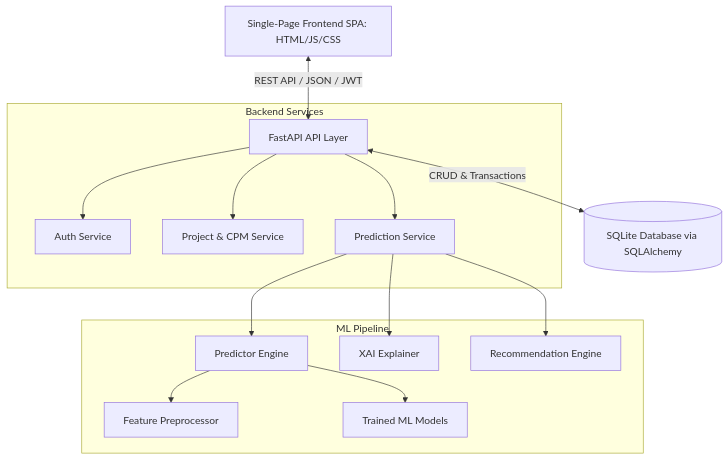
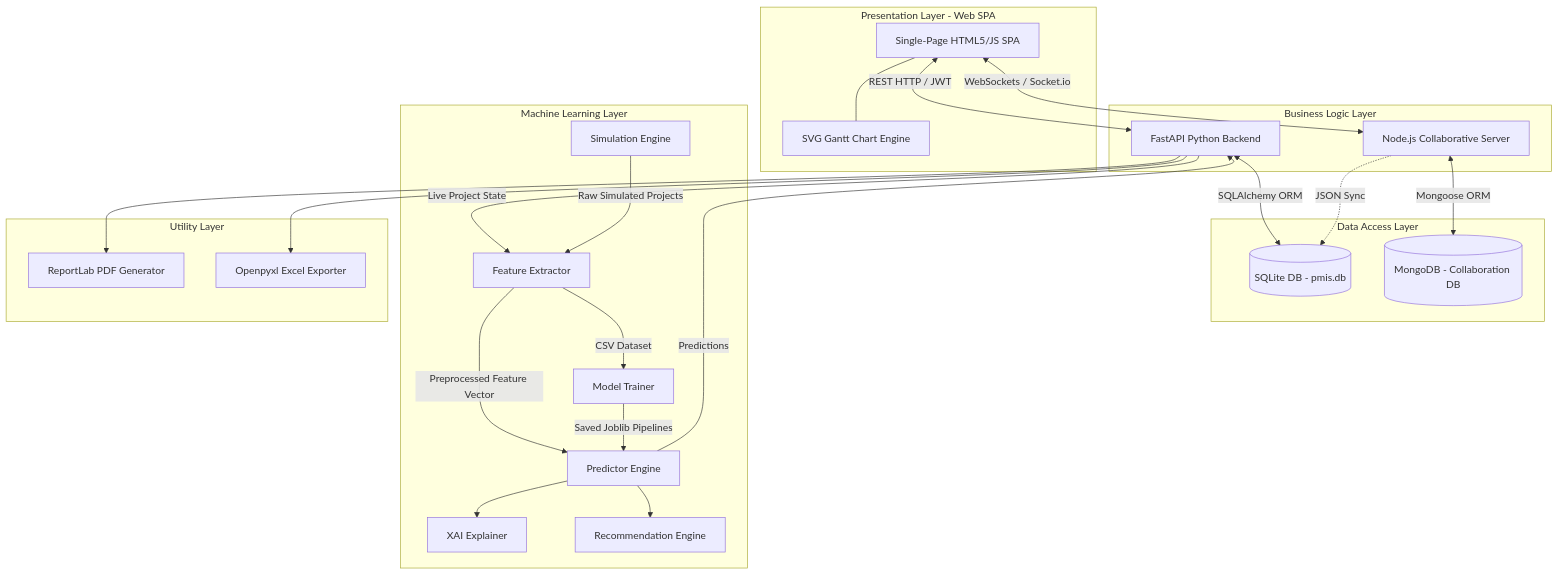
One commit to AKSHATcseb/ShipDelayPrediction changed the first of 3 diagrams in technical_project_report.md. Above: the diagram before and after it, drawn with Mermaid. The commit also changed other lines of this file and 78 other files, not shown here.

Commit message:
collaboration feature, document upload feature, notification, etc till 3rd July

````diff
--- a/technical_project_report.md
+++ b/technical_project_report.md
@@ -111,19 +160,59 @@
 ```mermaid
-graph TD
-    Client[Single-Page Frontend SPA: HTML/JS/CSS] <--> |REST API / JSON / JWT| Gateway[FastAPI API Layer]
-    Gateway <--> |CRUD & Transactions| Database[(SQLite Database via SQLAlchemy)]
+graph TB
+    subgraph Client [Presentation Layer - Web SPA]
+        UI[Single-Page HTML5/JS SPA]
+        SVG[SVG Gantt Chart Engine]
+        UI --- SVG
+    end
+
+    subgraph BackendServices [Business Logic Layer]
+        FastAPI[FastAPI Python Backend]
+        NodeCollab[Node.js Collaborative Server]
+    end
+
+    subgraph DatabaseLayer [Data Access Layer]
+        SQLite[(SQLite DB - pmis.db)]
+        MongoDB[(MongoDB - Collaboration DB)]
+    end
+
+    subgraph MLPipes [Machine Learning Layer]
+        SimEngine[Simulation Engine]
+        FeatureExt[Feature Extractor]
+        Trainer[Model Trainer]
+        Inference[Predictor Engine]
+        XAI[XAI Explainer]
+        RecEngine[Recommendation Engine]
+    end
+
+    subgraph Exporters [Utility Layer]
+        PDF[ReportLab PDF Generator]
+        Excel[Openpyxl Excel Exporter]
+    end
+
+    %% Client Interactions
+    UI <--> |REST HTTP / JWT| FastAPI
+    UI <--> |WebSockets / Socket.io| NodeCollab
+
+    %% Backend DB Interactions
+    FastAPI <--> |SQLAlchemy ORM| SQLite
+    NodeCollab <--> |Mongoose ORM| MongoDB
+
+    %% Cross-Service Sync
+    NodeCollab -.-> |JSON Sync| SQLite
+
+    %% Python Services to ML
+    FastAPI --> |Live Project State| FeatureExt
+    FeatureExt --> |Preprocessed Feature Vector| Inference
+    Inference --> |Predictions| FastAPI
+    Inference --> XAI
+    Inference --> RecEngine
     
-    subgraph Backend Services
-        Gateway --> Auth[Auth Service]
-        Gateway --> ProjectServ[Project & CPM Service]
-        Gateway --> PredServ[Prediction Service]
-    end
-    
-    subgraph ML Pipeline
-        PredServ --> Inference[Predictor Engine]
-        Inference --> Preprocessor[Feature Preprocessor]
-        Inference --> XGBoost[Trained ML Models]
-        PredServ --> Explainer[XAI Explainer]
-        PredServ --> RecEngine[Recommendation Engine]
-    end
+    %% ML Pipeline Training Flow
+    SimEngine --> |Raw Simulated Projects| FeatureExt
+    FeatureExt --> |CSV Dataset| Trainer
+    Trainer --> |Saved Joblib Pipelines| Inference
+
+    %% Exporters
+    FastAPI --> PDF
+    FastAPI --> Excel
 ```
````
